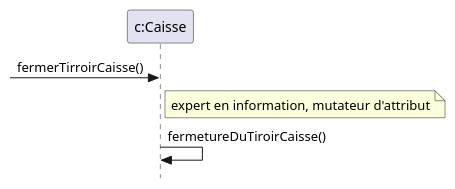
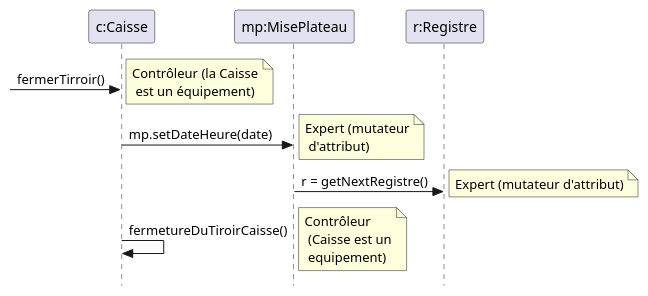
The fifth of 5 diagrams in rdcu.puml (Sh4ytan/tp4), drawn with PlantUML before and after one commit. The commit also changed other lines of this file, not shown here.

```diff
--- a/rdcu.puml
+++ b/rdcu.puml
@@ -66,10 +79,16 @@
-@startuml RDCU-fermerTirroirCaisse
+@startuml RDCU-fermerTirroir
 skinparam style strictuml
 Participant "c:Caisse" as C
+Participant "mp:MisePlateau" as MP
+Participant "r:Registre" as R
 
-
-->C: fermerTirroirCaisse()
-note right of C: expert en information, mutateur d'attribut
+->C: fermerTirroir()
+note right: Contrôleur (la Caisse\n est un équipement)
+C-> MP: mp.setDateHeure(date)
+note right: Expert (mutateur\n d'attribut)
+MP -> R: r = getNextRegistre()
+note right: Expert (mutateur d'attribut)
 C->C: fermetureDuTiroirCaisse()
+note right: Contrôleur\n (Caisse est un\n equipement)
 
 @enduml
```
